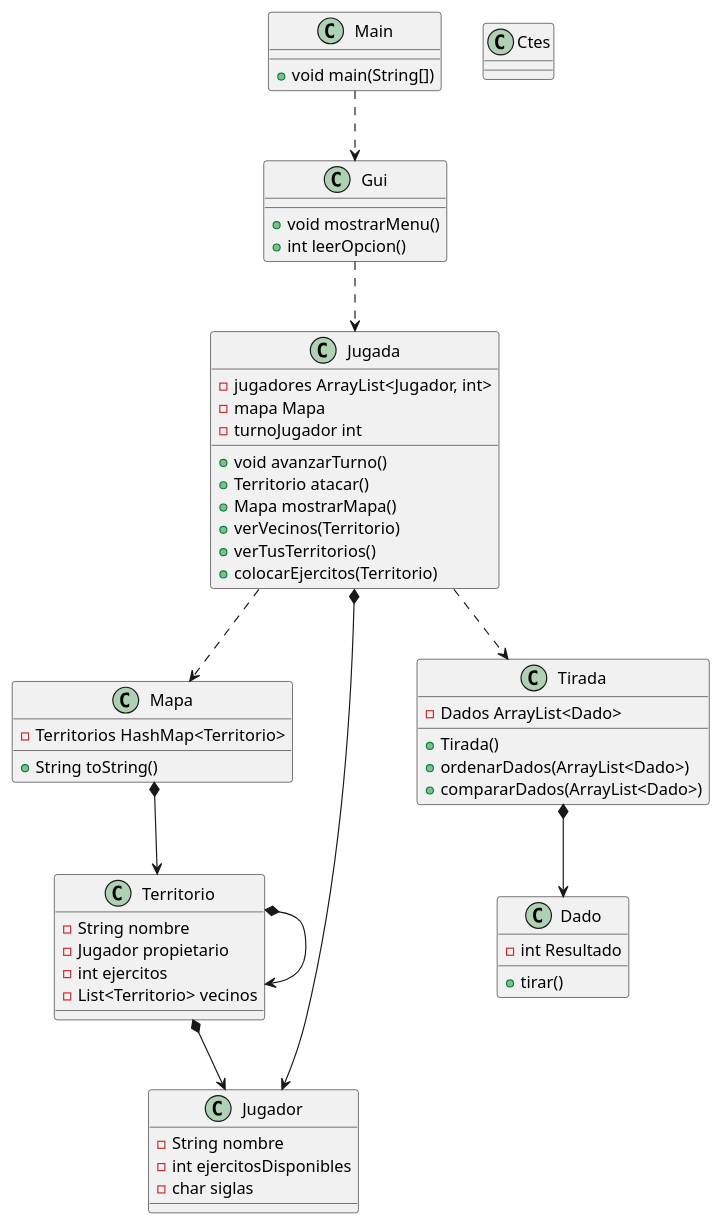
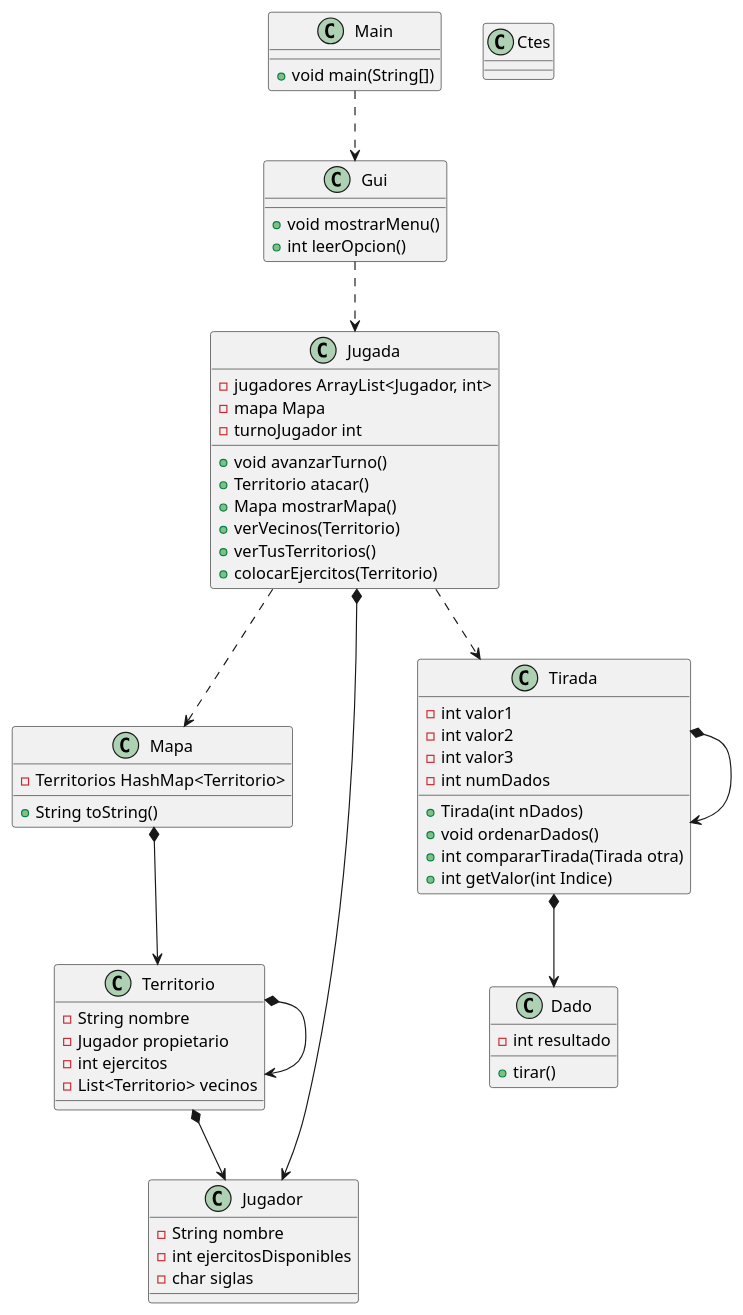
One commit to hrodriguezp/Imperialist changed the diagram in doc/UML/diag_clases.puml. Above: the diagram before and after it, drawn with PlantUML. The commit also changed 2 other files, not shown here.

Commit message:
Clases Dado y Tirada creadas y actualizado el diagrama de clases a ciertos metodos que hemos tenido que cambiar

```diff
--- a/doc/UML/diag_clases.puml
+++ b/doc/UML/diag_clases.puml
@@ -1,76 +1,82 @@
 @startuml
 
 class Main{
 + void main(String[])
 }
 
 class Ctes{
 }
 
 class Mapa{
  -Territorios HashMap<Territorio>
  +String toString()
 }
 
 class Territorio{
  - String nombre
  - Jugador propietario
  - int ejercitos
  - List<Territorio> vecinos
 }
 
 class Jugador{
     - String nombre
     - int ejercitosDisponibles
     - char siglas
 }
 
 class Jugada{
     -jugadores ArrayList<Jugador, int>
     -mapa Mapa
     -turnoJugador int
     +void avanzarTurno()
     +Territorio atacar()
     +Mapa mostrarMapa()
     +verVecinos(Territorio)
     +verTusTerritorios()
     +colocarEjercitos(Territorio)
 }
 
 class Gui{
     +void mostrarMenu()
     +int leerOpcion()
 }
 
 class Tirada{
-    -Dados ArrayList<Dado>
-    +Tirada()
-    +ordenarDados(ArrayList<Dado>)
-    +compararDados(ArrayList<Dado>)
+    -int valor1
+    -int valor2
+    -int valor3
+    -int numDados
+    +Tirada(int nDados)
+    +void ordenarDados()
+    +int compararTirada(Tirada otra)
+    +int getValor(int Indice)
 }
 
 class Dado{
-    -int Resultado
+    -int resultado
     +tirar()
 }
 
 Main ..> Gui
 
 Mapa *--> Territorio
 
 Gui ..> Jugada
 
 Jugada *--> Jugador
 
 Territorio *--> Territorio
 
+Tirada *--> Tirada
+
 Territorio *--> Jugador
 
 Jugada ..> Tirada
 
 Tirada *--> Dado
 
 Jugada ..> Mapa
 
 
 @enduml
```
